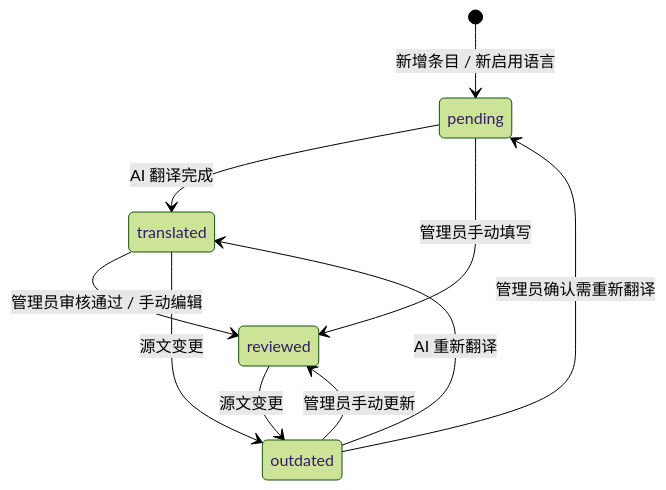
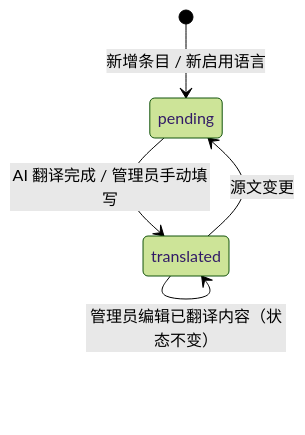
One commit to foryou2026/chinese changed the first of 3 diagrams in docs/C02-ia-interaction/admin/i18n/translation-hub/03-state-machines.md. Above: the diagram before and after it, drawn with Mermaid (forest theme). The commit also changed other lines of this file and 33 other files, not shown here.

````diff
--- a/docs/C02-ia-interaction/admin/i18n/translation-hub/03-state-machines.md
+++ b/docs/C02-ia-interaction/admin/i18n/translation-hub/03-state-machines.md
@@ -7,12 +7,7 @@
 ```mermaid
 stateDiagram-v2
     [*] --> pending : 新增条目 / 新启用语言
-    pending --> translated : AI 翻译完成
-    pending --> reviewed : 管理员手动填写
-    translated --> reviewed : 管理员审核通过 / 手动编辑
-    translated --> outdated : 源文变更
-    reviewed --> outdated : 源文变更
-    outdated --> pending : 管理员确认需重新翻译
-    outdated --> translated : AI 重新翻译
-    outdated --> reviewed : 管理员手动更新
+    pending --> translated : AI 翻译完成 / 管理员手动填写
+    translated --> pending : 源文变更
+    translated --> translated : 管理员编辑已翻译内容（状态不变）
 ```
````
